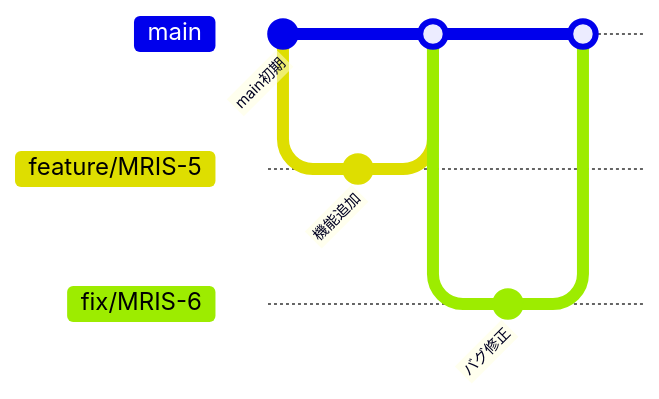
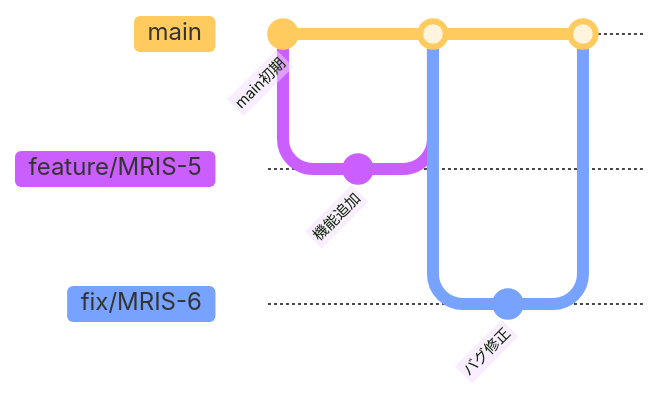
The diagram in README.md (novel-muraguchi/chatbot-be), drawn with Mermaid before and after one commit.

Commit message:
運用フローを修正

````diff
--- a/README.md
+++ b/README.md
@@ -89,16 +89,17 @@
 ```mermaid
+%%{init: { 'theme': 'base' } }%%
 gitGraph
    commit id: "main初期"
    branch feature/MRIS-5
    checkout feature/MRIS-5
    commit id: "機能追加"
    checkout main
    merge feature/MRIS-5
 
    branch fix/MRIS-6
    checkout fix/MRIS-6
    commit id: "バグ修正"
    checkout main
    merge fix/MRIS-6
 
 ```
````
